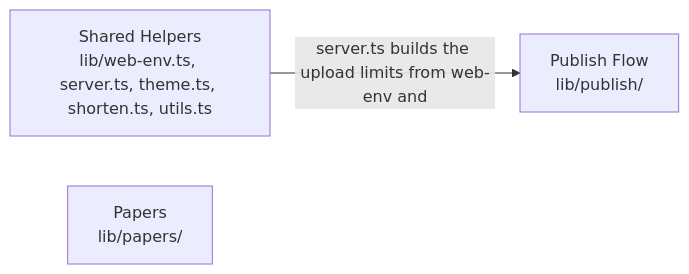
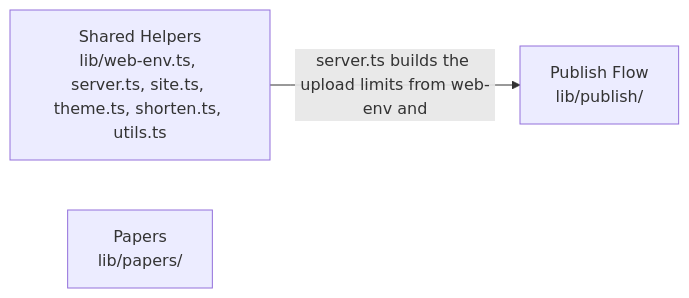
Before and after one commit to SiegfriedBz/labstrail: the diagram in .omm/overall-architecture/web-app/lib/diagram.mmd, drawn with Mermaid. The commit also changed 130 other files, not shown here.

```diff
--- a/.omm/overall-architecture/web-app/lib/diagram.mmd
+++ b/.omm/overall-architecture/web-app/lib/diagram.mmd
@@ -1,3 +1,3 @@
 graph LR
-    helpers["Shared Helpers\nlib/web-env.ts, server.ts, theme.ts, shorten.ts, utils.ts"] -->|"server.ts builds the upload limits from web-env and"| publish["Publish Flow\nlib/publish/"]
+    helpers["Shared Helpers\nlib/web-env.ts, server.ts, site.ts, theme.ts, shorten.ts, utils.ts"] -->|"server.ts builds the upload limits from web-env and"| publish["Publish Flow\nlib/publish/"]
     papers["Papers\nlib/papers/"]
```
